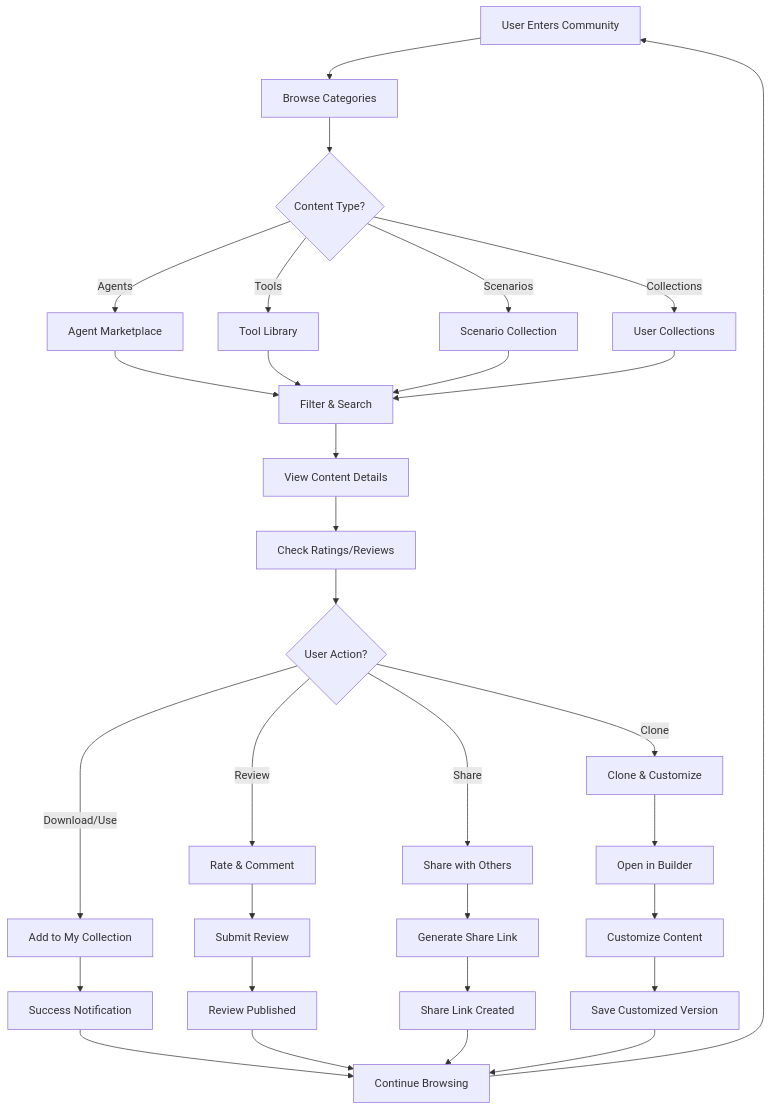
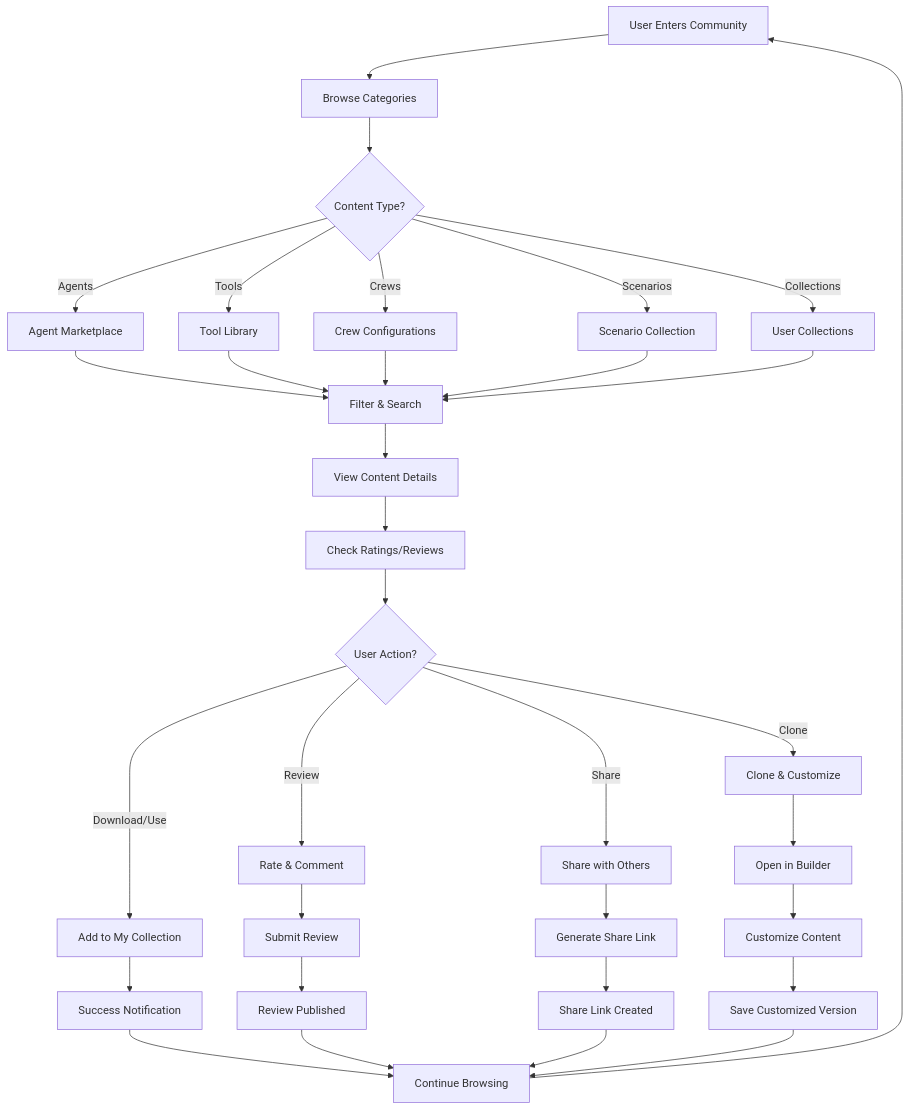
The eighth of 16 diagrams in backend/docs/architecture/user-workflow.md (Sbcoit/forked-ai-agent-education-platform), drawn with Mermaid before and after one commit. The commit also changed other lines of this file and 21 other files, not shown here.

First line of the commit message:
Major Architecture Update: CrewAI Alignment & Database Fixes

````diff
--- a/backend/docs/architecture/user-workflow.md
+++ b/backend/docs/architecture/user-workflow.md
@@ -210,39 +374,41 @@
 ```mermaid
 graph TD
     A[User Enters Community] --> B[Browse Categories]
     B --> C{Content Type?}
     C -->|Agents| D[Agent Marketplace]
     C -->|Tools| E[Tool Library]
-    C -->|Scenarios| F[Scenario Collection]
-    C -->|Collections| G[User Collections]
+    C -->|Crews| F[Crew Configurations]
+    C -->|Scenarios| G[Scenario Collection]
+    C -->|Collections| H[User Collections]
     
-    D --> H[Filter & Search]
-    E --> H
-    F --> H
-    G --> H
+    D --> I[Filter & Search]
+    E --> I
+    F --> I
+    G --> I
+    H --> I
     
-    H --> I[View Content Details]
-    I --> J[Check Ratings/Reviews]
-    J --> K{User Action?}
+    I --> J[View Content Details]
+    J --> K[Check Ratings/Reviews]
+    K --> L{User Action?}
     
-    K -->|Download/Use| L[Add to My Collection]
-    K -->|Clone| M[Clone & Customize]
-    K -->|Review| N[Rate & Comment]
-    K -->|Share| O[Share with Others]
+    L -->|Download/Use| M[Add to My Collection]
+    L -->|Clone| N[Clone & Customize]
+    L -->|Review| O[Rate & Comment]
+    L -->|Share| P[Share with Others]
     
-    L --> P[Success Notification]
-    M --> Q[Open in Builder]
-    N --> R[Submit Review]
-    O --> S[Generate Share Link]
+    M --> Q[Success Notification]
+    N --> R[Open in Builder]
+    O --> S[Submit Review]
+    P --> T[Generate Share Link]
     
-    P --> T[Continue Browsing]
-    Q --> U[Customize Content]
-    R --> V[Review Published]
-    S --> W[Share Link Created]
+    Q --> U[Continue Browsing]
+    R --> V[Customize Content]
+    S --> W[Review Published]
+    T --> X[Share Link Created]
     
-    T --> A
-    U --> X[Save Customized Version]
-    V --> T
-    W --> T
-    X --> T
+    U --> A
+    V --> Y[Save Customized Version]
+    W --> U
+    X --> U
+    Y --> U
 ```
````
